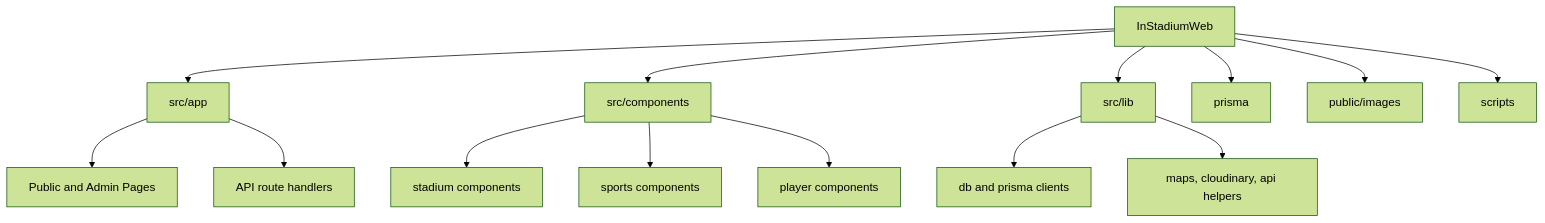
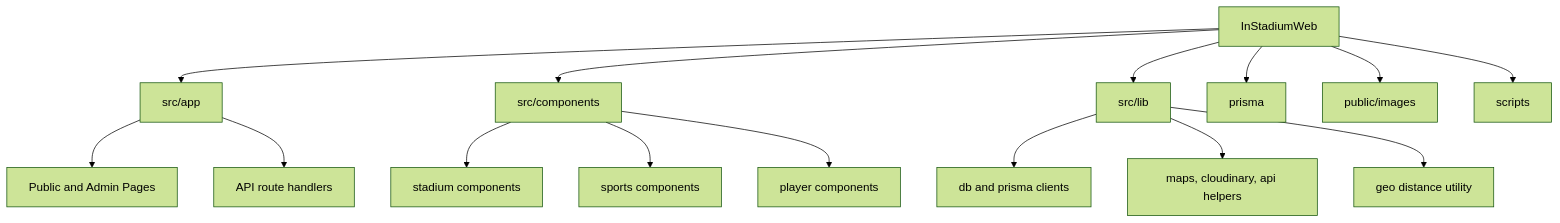
Diagram 15 of 15 in README.md (satyansh911/InStadiumWeb), drawn with Mermaid (forest theme) before and after one commit. The commit also changed other lines of this file, not shown here.

````diff
--- a/README.md
+++ b/README.md
@@ -404,18 +405,19 @@
 ```mermaid
 flowchart TB
    root["InStadiumWeb"]
    root --> app["src/app"]
    root --> comp["src/components"]
    root --> lib["src/lib"]
    root --> prisma["prisma"]
    root --> assets["public/images"]
    root --> scripts["scripts"]
 
    app --> pages["Public and Admin Pages"]
    app --> api["API route handlers"]
    comp --> stadiumComp["stadium components"]
    comp --> sportsComp["sports components"]
    comp --> playerComp["player components"]
    lib --> dbLib["db and prisma clients"]
    lib --> utilityLib["maps, cloudinary, api helpers"]
+   lib --> geoLib["geo distance utility"]
 ```
````
